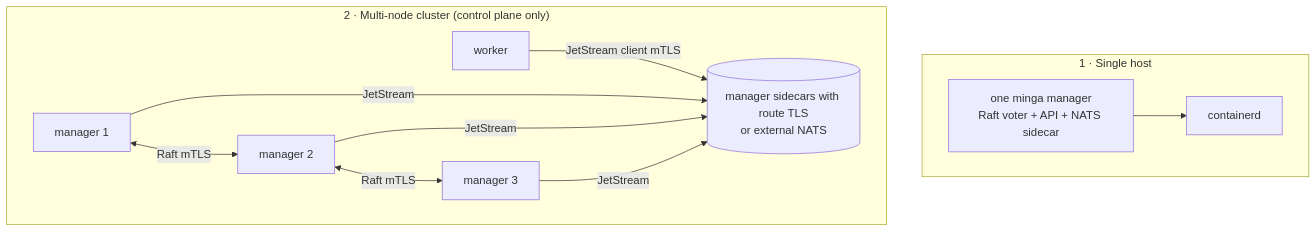
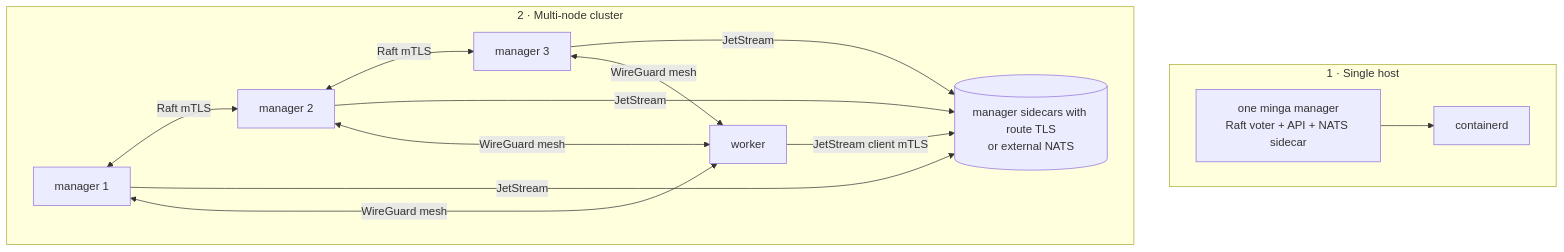
One commit to lithqube/minga changed the fourth of 4 diagrams in README.md. Above: the diagram before and after it, drawn with Mermaid. The commit also changed other lines of this file and 14 other files, not shown here.

First line of the commit message:
feat: complete Phase 13 WireGuard proof (#100)

````diff
--- a/README.md
+++ b/README.md
@@ -235,15 +235,16 @@
 ```mermaid
 flowchart TB
   subgraph single["1 · Single host"]
     m1["one minga manager<br/>Raft voter + API + NATS sidecar"] --> ct1[containerd]
   end
 
-  subgraph multi["2 · Multi-node cluster (control plane only)"]
+  subgraph multi["2 · Multi-node cluster"]
     direction LR
     natsx[("manager sidecars with route TLS<br/>or external NATS")]
     mA["manager 1"] <-->|Raft mTLS| mB["manager 2"]
     mB <-->|Raft mTLS| mC["manager 3"]
     w1["worker"] -->|JetStream client mTLS| natsx
     mA & mB & mC -->|JetStream| natsx
+    mA & mB & mC <-->|WireGuard mesh| w1
   end
 ```
````
